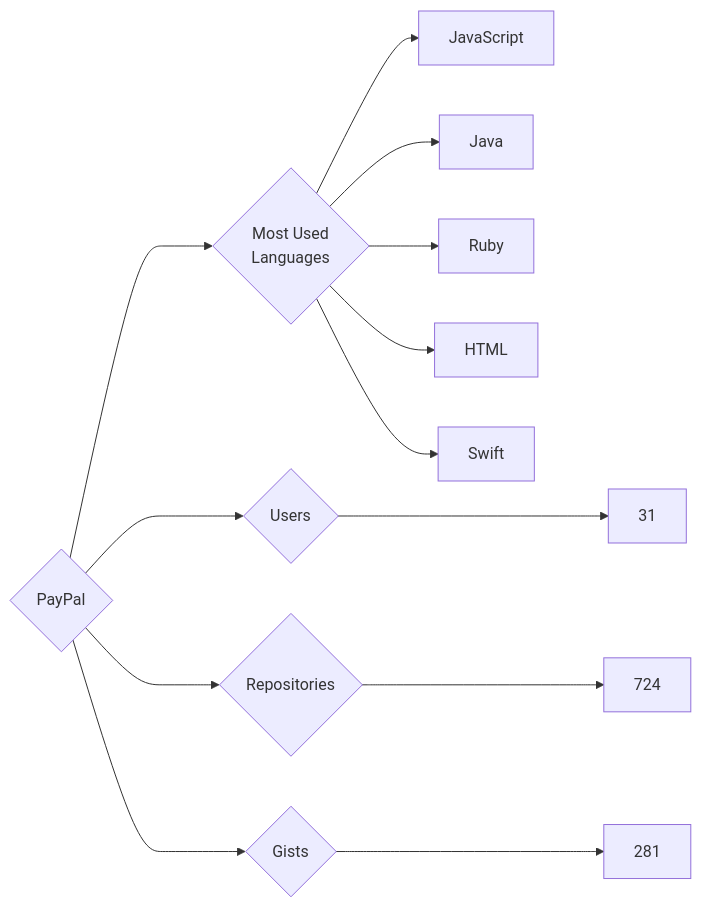
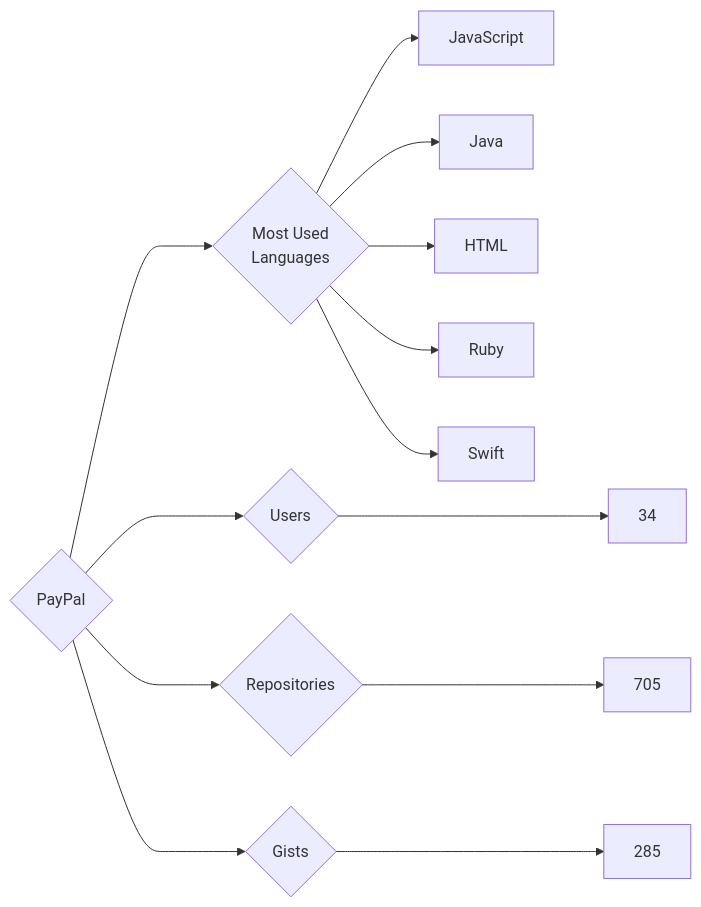
Before and after one commit to trickest/insiders: the diagram in targets/PayPal/README.md, drawn with Mermaid. The commit also changed 877 other files, not shown here.

````diff
--- a/targets/PayPal/README.md
+++ b/targets/PayPal/README.md
@@ -3,13 +3,13 @@
 ```mermaid
 graph LR
 COMPANY_NAME{PayPal}
-COMPANY_NAME ---> U{Users} ---> UN[31]
-COMPANY_NAME ---> R{Repositories} ---> RN[724]
-COMPANY_NAME ---> G{Gists} ---> GN[281]
+COMPANY_NAME ---> U{Users} ---> UN[34]
+COMPANY_NAME ---> R{Repositories} ---> RN[705]
+COMPANY_NAME ---> G{Gists} ---> GN[285]
 COMPANY_NAME ---> ML{Most Used<br>Languages}
 ML --> JavaScript[JavaScript]
 ML --> Java[Java]
+ML --> HTML[HTML]
 ML --> Ruby[Ruby]
-ML --> HTML[HTML]
 ML --> Swift[Swift]
 ```
````
